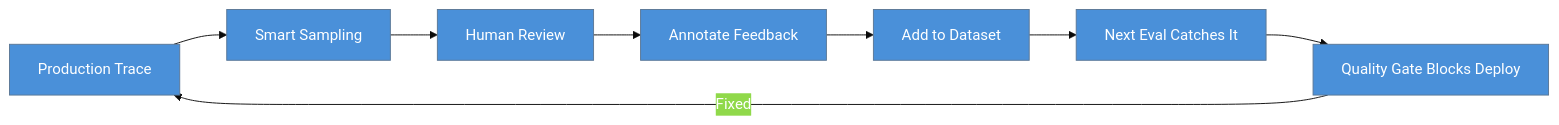
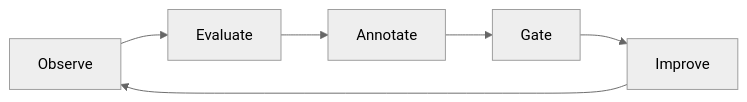
The third of 3 diagrams in README.md (rrbanda/agent-lens), drawn with Mermaid before and after one commit. The commit also changed other lines of this file and 29 other files, not shown here.

````diff
--- a/README.md
+++ b/README.md
@@ -118,11 +97,9 @@
 ```mermaid
-%%{init: {'theme': 'base', 'themeVariables': {'primaryColor': '#4A90D9', 'primaryTextColor': '#fff'}}}%%
-flowchart LR
-    P[Production Trace] --> S[Smart Sampling]
-    S --> R[Human Review]
-    R --> A[Annotate Feedback]
-    A --> D[Add to Dataset]
-    D --> E[Next Eval Catches It]
-    E --> G[Quality Gate Blocks Deploy]
-    G -->|"Fixed"| P
+%%{init: {'theme': 'neutral'}}%%
+graph LR
+    O[Observe] --> E[Evaluate]
+    E --> A[Annotate]
+    A --> G[Gate]
+    G --> I[Improve]
+    I --> O
 ```
````
